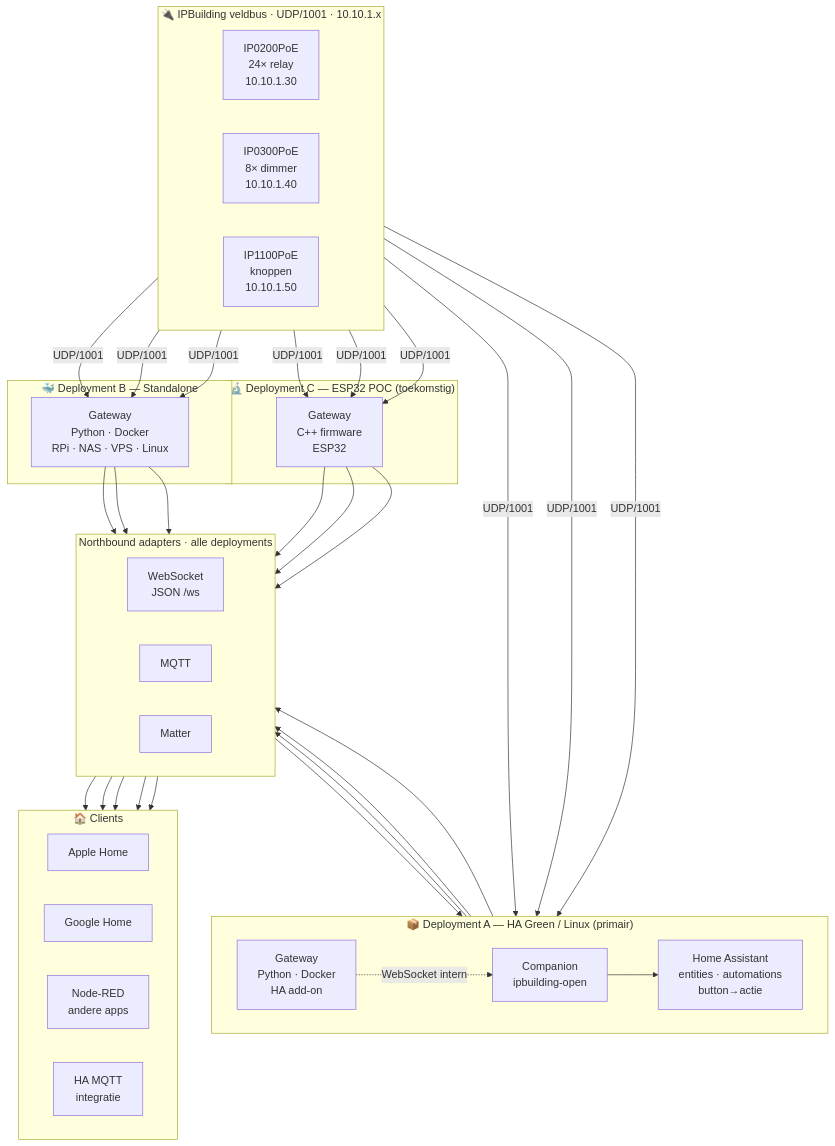
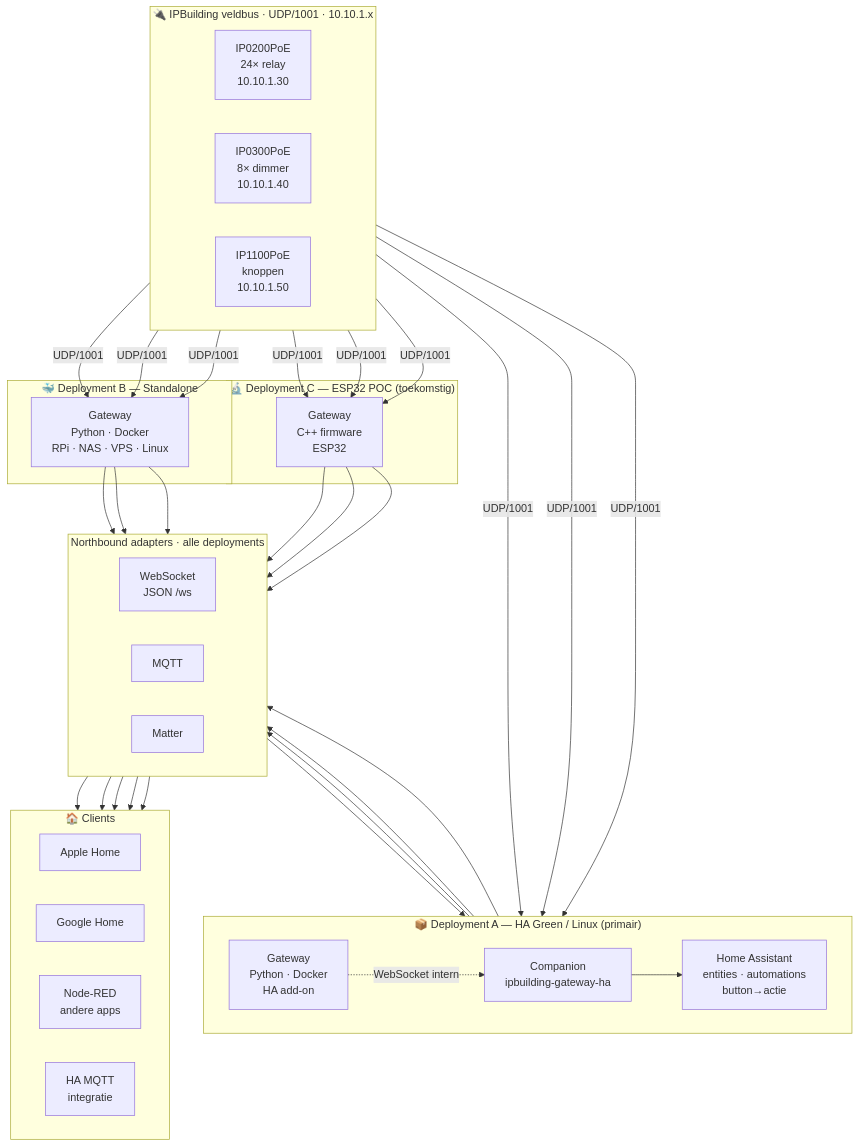
One commit to markminnoye/IPBuilding-Gateway changed the first of 4 diagrams in ARCHITECTURE.md. Above: the diagram before and after it, drawn with Mermaid. The commit also changed other lines of this file and 45 other files, not shown here.

````diff
--- a/ARCHITECTURE.md
+++ b/ARCHITECTURE.md
@@ -72,50 +72,50 @@
 ```mermaid
 graph TB
     subgraph VLAN["🔌 IPBuilding veldbus · UDP/1001 · 10.10.1.x"]
         direction LR
         R["IP0200PoE\n24× relay\n10.10.1.30"]
         D["IP0300PoE\n8× dimmer\n10.10.1.40"]
         IN["IP1100PoE\nknoppen\n10.10.1.50"]
     end
 
     subgraph DA["📦 Deployment A — HA Green / Linux (primair)"]
         direction LR
         GWA["Gateway\nPython · Docker\nHA add-on"]
-        COMP["Companion\nipbuilding-open"]
+        COMP["Companion\nipbuilding-gateway-ha"]
         HA["Home Assistant\nentities · automations\nbutton→actie"]
         GWA -. "WebSocket intern" .-> COMP --> HA
     end
 
     subgraph DB["🐳 Deployment B — Standalone"]
         GWB["Gateway\nPython · Docker\nRPi · NAS · VPS · Linux"]
     end
 
     subgraph DC["🔬 Deployment C — ESP32 POC (toekomstig)"]
         GWC["Gateway\nC++ firmware\nESP32"]
     end
 
     subgraph NB["Northbound adapters · alle deployments"]
         direction LR
         WS["WebSocket\nJSON /ws"]
         MQ["MQTT"]
         MT["Matter"]
     end
 
     subgraph CLI["🏠 Clients"]
         direction LR
         AH["Apple Home"]
         GH["Google Home"]
         NR["Node-RED\nandere apps"]
         MHA["HA MQTT\nintegratie"]
     end
 
     R & D & IN -->|"UDP/1001"| GWA
     R & D & IN -->|"UDP/1001"| GWB
     R & D & IN -->|"UDP/1001"| GWC
 
     GWA & GWB & GWC --> WS & MQ & MT
 
     MT --> AH & GH & HA
     MQ --> NR & MHA
     WS --> NR
 ```
````
